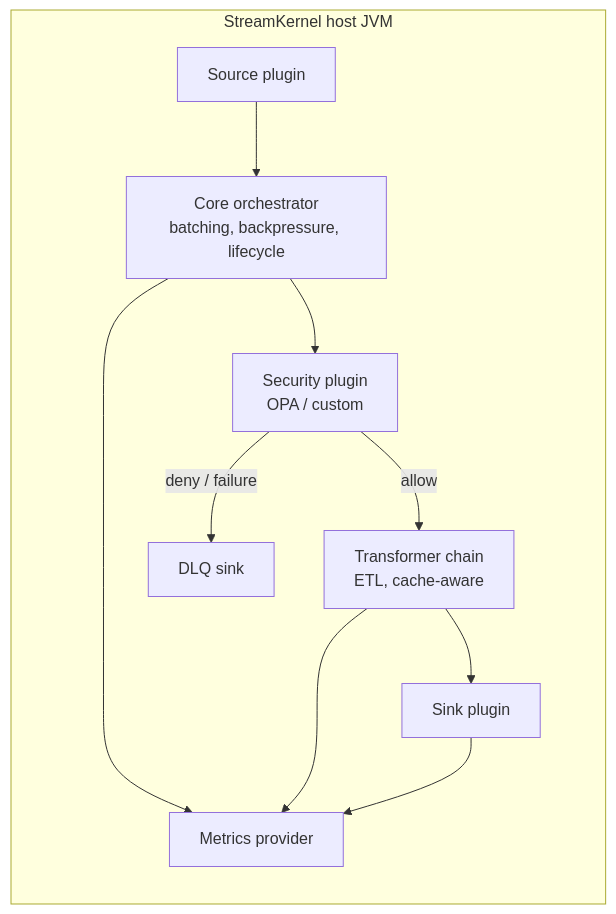
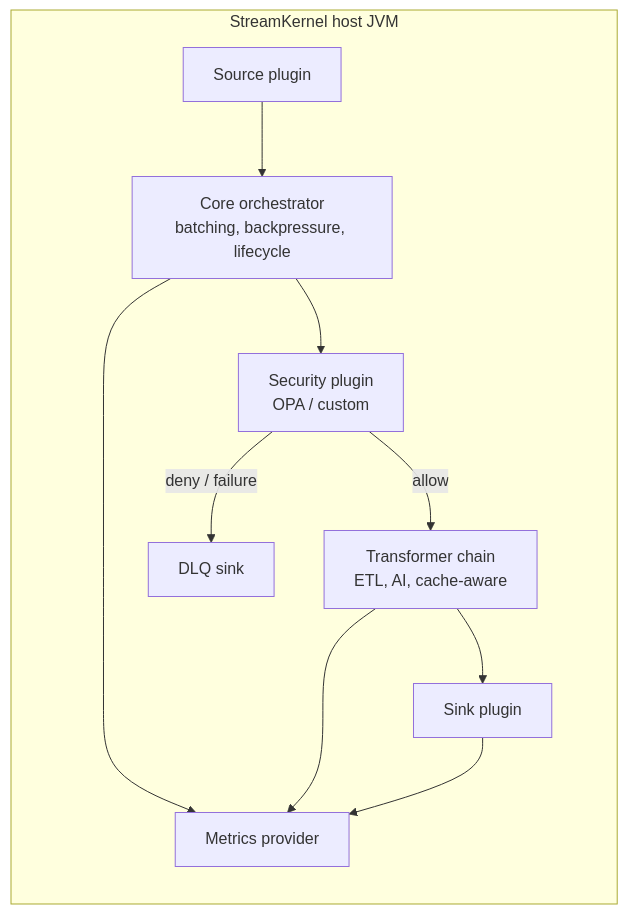
Before and after one commit to IntuitiveDesigns/StreamKernel-io: the diagram in README.md, drawn with Mermaid. The commit also changed other lines of this file and 1 other file, not shown here.

````diff
--- a/README.md
+++ b/README.md
@@ -50,19 +51,19 @@
 ```mermaid
 flowchart LR
   subgraph Host["StreamKernel host JVM"]
     Src["Source plugin"]
     Kernel["Core orchestrator<br/>batching, backpressure, lifecycle"]
     Policy["Security plugin<br/>OPA / custom"]
-    Transform["Transformer chain<br/>ETL, cache-aware"]
+    Transform["Transformer chain<br/>ETL, AI, cache-aware"]
     Sink["Sink plugin"]
     Dlq["DLQ sink"]
     Metrics["Metrics provider"]
   end
 
   Src --> Kernel --> Policy
   Policy -->|allow| Transform --> Sink
   Policy -->|deny / failure| Dlq
   Kernel --> Metrics
   Transform --> Metrics
   Sink --> Metrics
 ```
````
